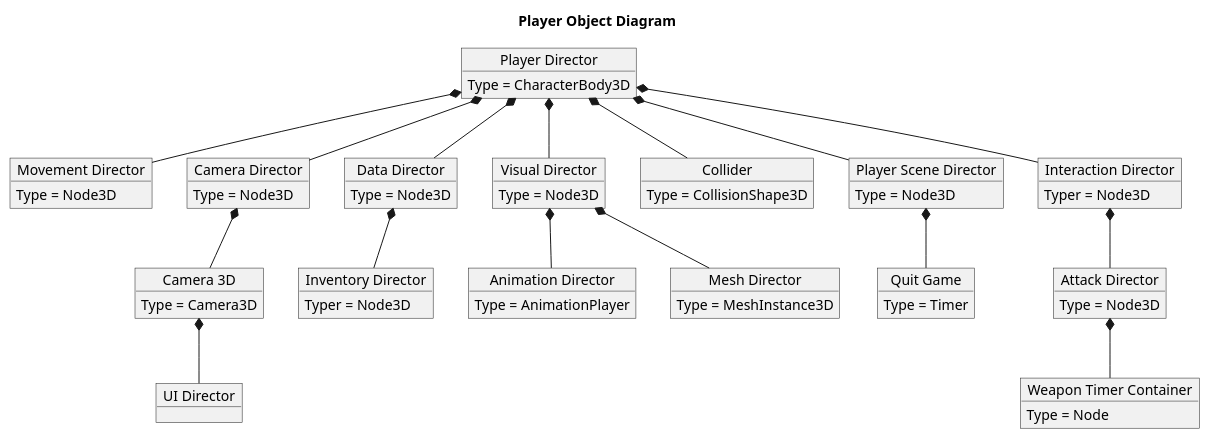
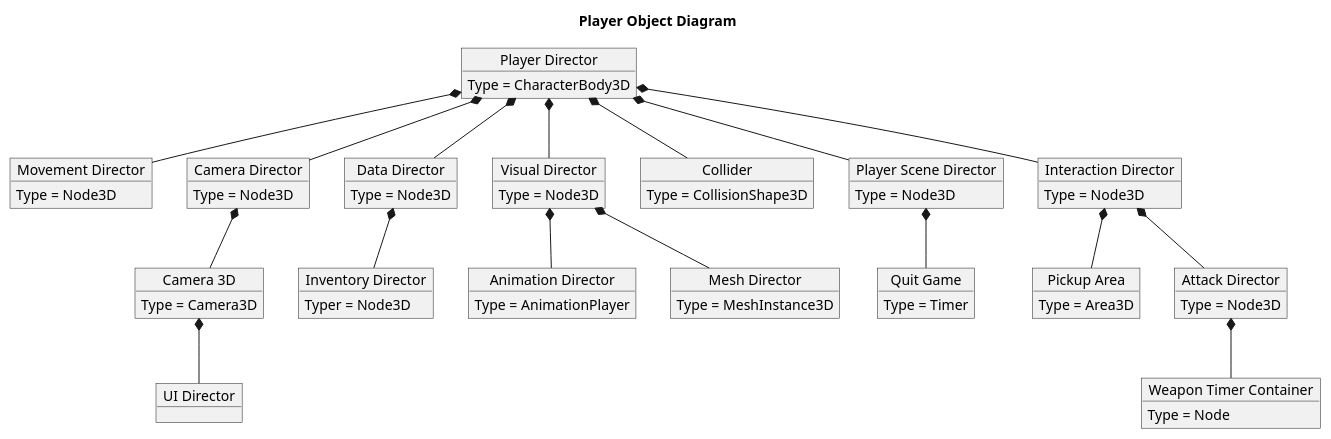
Before and after one commit to kjtkanaly/Roguelike-Shoot-Em-Up: the diagram in Godot-Project/UML-Diagrams/src/Player-Object.puml, drawn with PlantUML. The commit also changed 1 other file, not shown here.

Commit message:
Added documentation for the player interation driector and the player object

```diff
--- a/Godot-Project/UML-Diagrams/src/Player-Object.puml
+++ b/Godot-Project/UML-Diagrams/src/Player-Object.puml
@@ -1,55 +1,58 @@
 @startuml Player Object
 
 title Player Object Diagram
 
 object "Player Director" as Player
 
 object "Movement Director" as Movement
 object "Camera Director" as CameraDir
 object "Data Director" as Data
 object "Inventory Director" as InventoryDir
 object "Visual Director" as Visual
 object "Collider" as Collider
 object "Camera 3D" as Camera
 object "UI Director" as UIDir
 object "Animation Director" as Animation
 object "Mesh Director" as Mesh
 object "Player Scene Director" as SceneDir
 object "Quit Game" as QuitTimer
 object "Interaction Director" as InteractionDir
+object "Pickup Area" as PickupArea
 object "Attack Director" as AttackDir
 object "Weapon Timer Container" as WeaponTimerCont
 
 Player : Type = CharacterBody3D
 Movement : Type = Node3D
 CameraDir : Type = Node3D
 Data : Type = Node3D
 InventoryDir : Typer = Node3D
 Visual : Type = Node3D
 Collider : Type = CollisionShape3D
 Camera : Type = Camera3D
 Animation : Type = AnimationPlayer
 Mesh : Type = MeshInstance3D
 SceneDir : Type = Node3D
 QuitTimer : Type = Timer
-InteractionDir : Typer = Node3D
+InteractionDir : Type = Node3D
+PickupArea : Type = Area3D
 AttackDir : Type = Node3D
 WeaponTimerCont : Type = Node
 
 Player *-- Movement
 Player *-- CameraDir
 Player *-- Data
 Data *-- InventoryDir
 Player *-- Visual
 Player *-- Collider
 CameraDir *-- Camera
 Camera *-- UIDir
 Visual *-- Animation
 Visual *-- Mesh
 Player *-- SceneDir
 SceneDir *-- QuitTimer
 Player *-- InteractionDir
 InteractionDir *-- AttackDir
+InteractionDir *-- PickupArea
 AttackDir *-- WeaponTimerCont
 
 @enduml
```
